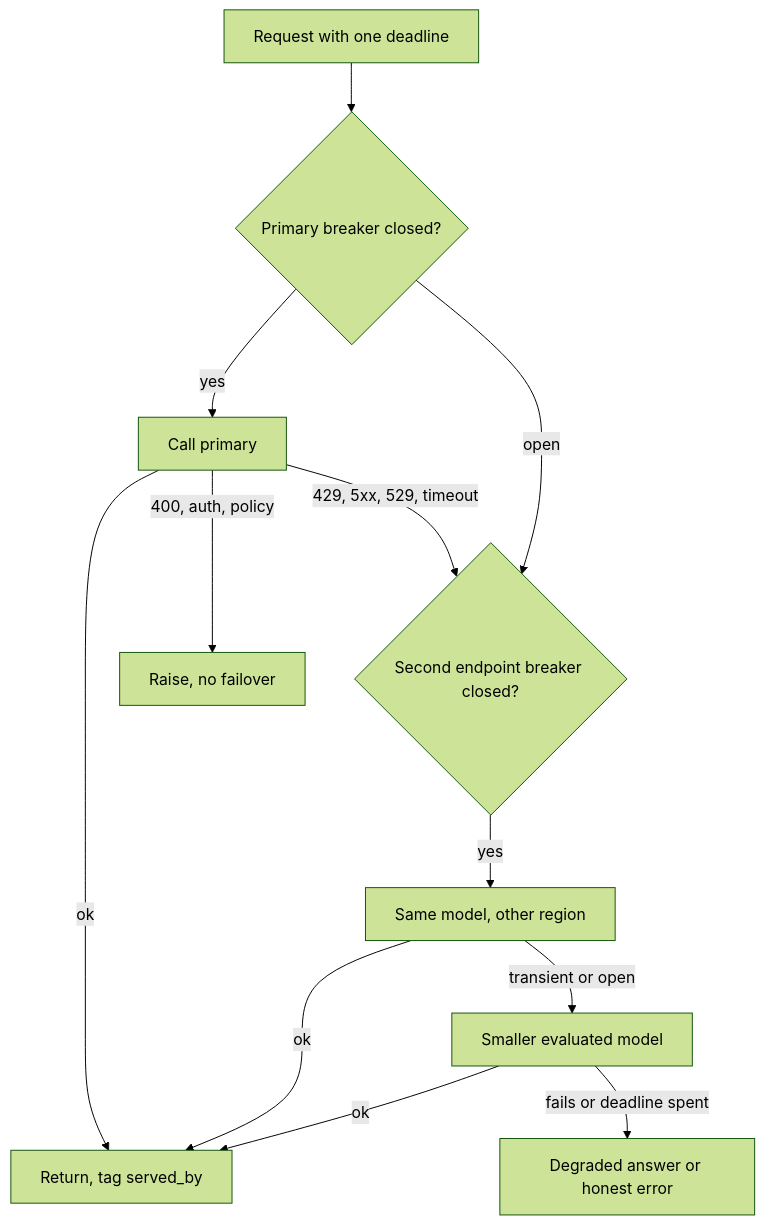
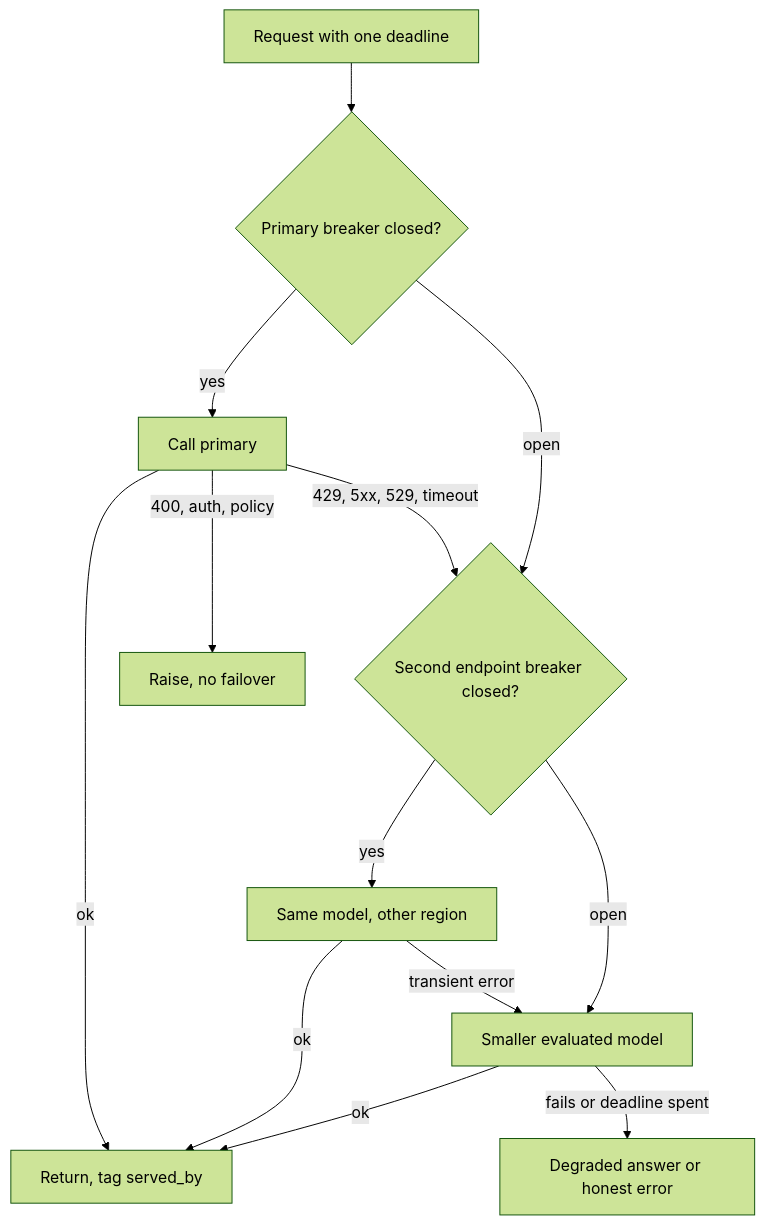
Before and after one commit to lovishmahajan97/agentic-learning: the diagram in content/serving-inference/fallbacks.md, drawn with Mermaid (forest theme). The commit also changed other lines of this file and 81 other files, not shown here.

````diff
--- a/content/serving-inference/fallbacks.md
+++ b/content/serving-inference/fallbacks.md
@@ -124,14 +130,15 @@
 ```mermaid
 flowchart TD
     R["Request with one deadline"] --> B1{"Primary breaker closed?"}
     B1 -->|"yes"| P["Call primary"]
     B1 -->|"open"| B2{"Second endpoint breaker closed?"}
     P -->|"ok"| OK["Return, tag served_by"]
     P -->|"400, auth, policy"| ERR["Raise, no failover"]
     P -->|"429, 5xx, 529, timeout"| B2
     B2 -->|"yes"| S["Same model, other region"]
+    B2 -->|"open"| SM["Smaller evaluated model"]
     S -->|"ok"| OK
-    S -->|"transient or open"| SM["Smaller evaluated model"]
+    S -->|"transient error"| SM
     SM -->|"ok"| OK
     SM -->|"fails or deadline spent"| DG["Degraded answer or honest error"]
 ```
````
